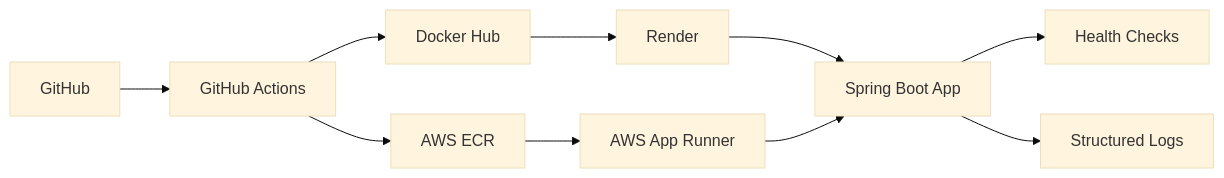
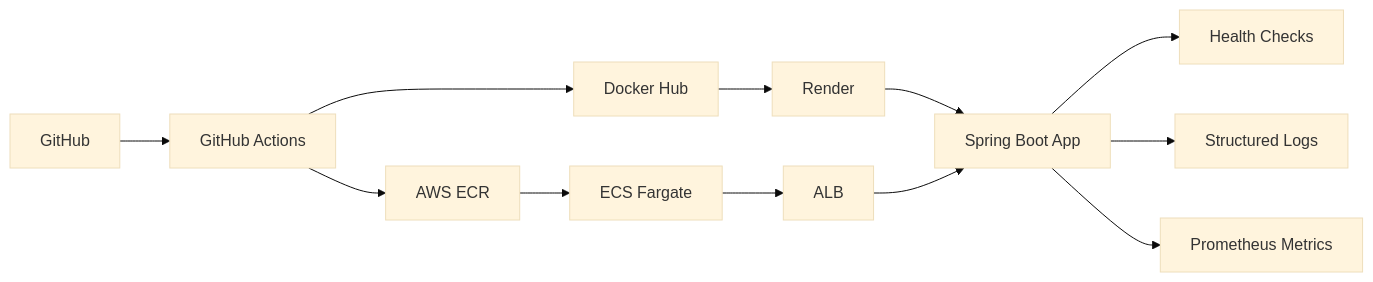
Before and after one commit to gauri2029/iucat: the diagram in README.md, drawn with Mermaid (base theme). The commit also changed other lines of this file and 1 other file, not shown here.

Commit message:
Updated readme and removed ECS wait command to prevent timeout

````diff
--- a/README.md
+++ b/README.md
@@ -14,12 +16,14 @@
 ```mermaid
 graph LR
     A[GitHub] --> B[GitHub Actions]
     B --> C[Docker Hub]
     B --> D[AWS ECR]
     C --> E[Render]
-    D --> F[AWS App Runner]
+    D --> F[ECS Fargate]
     E --> G[Spring Boot App]
-    F --> G
-    G --> H[Health Checks]
-    G --> I[Structured Logs]
+    F --> H[ALB]
+    H --> G
+    G --> I[Health Checks]
+    G --> J[Structured Logs]
+    G --> K[Prometheus Metrics]
 ```
````
